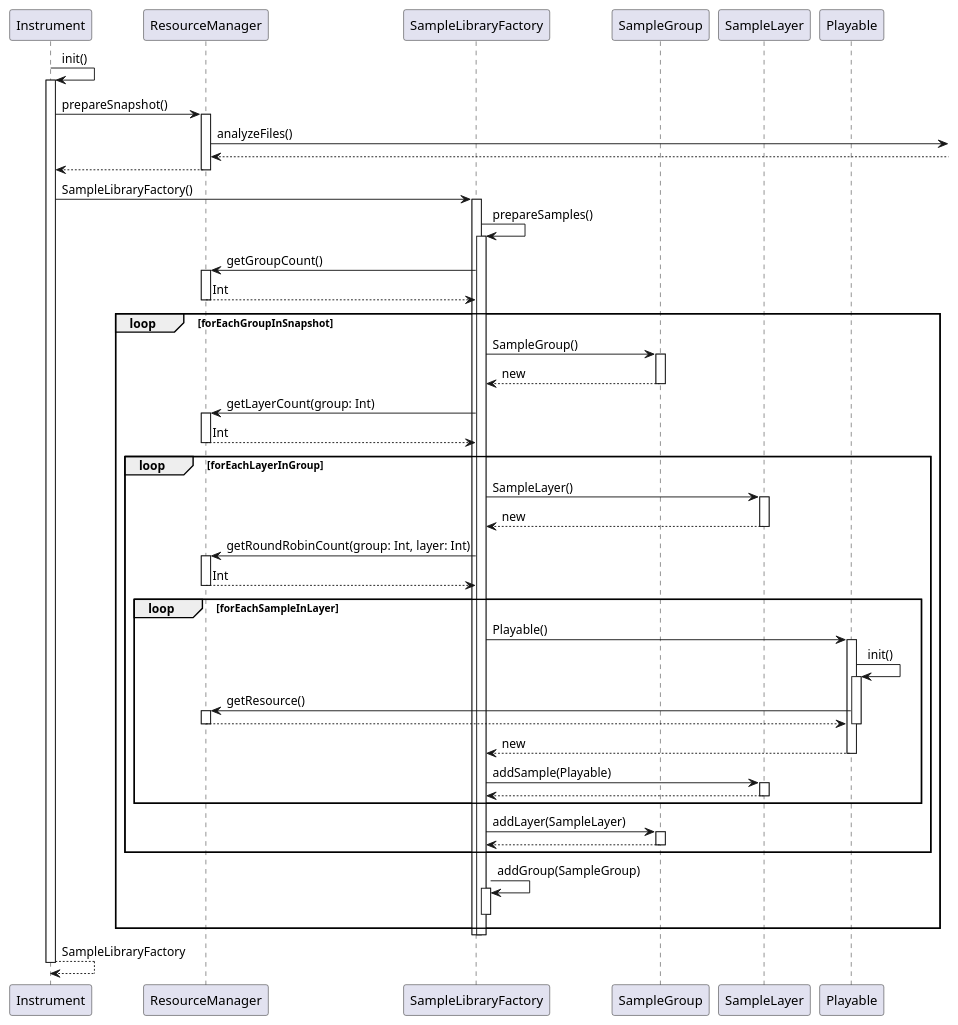
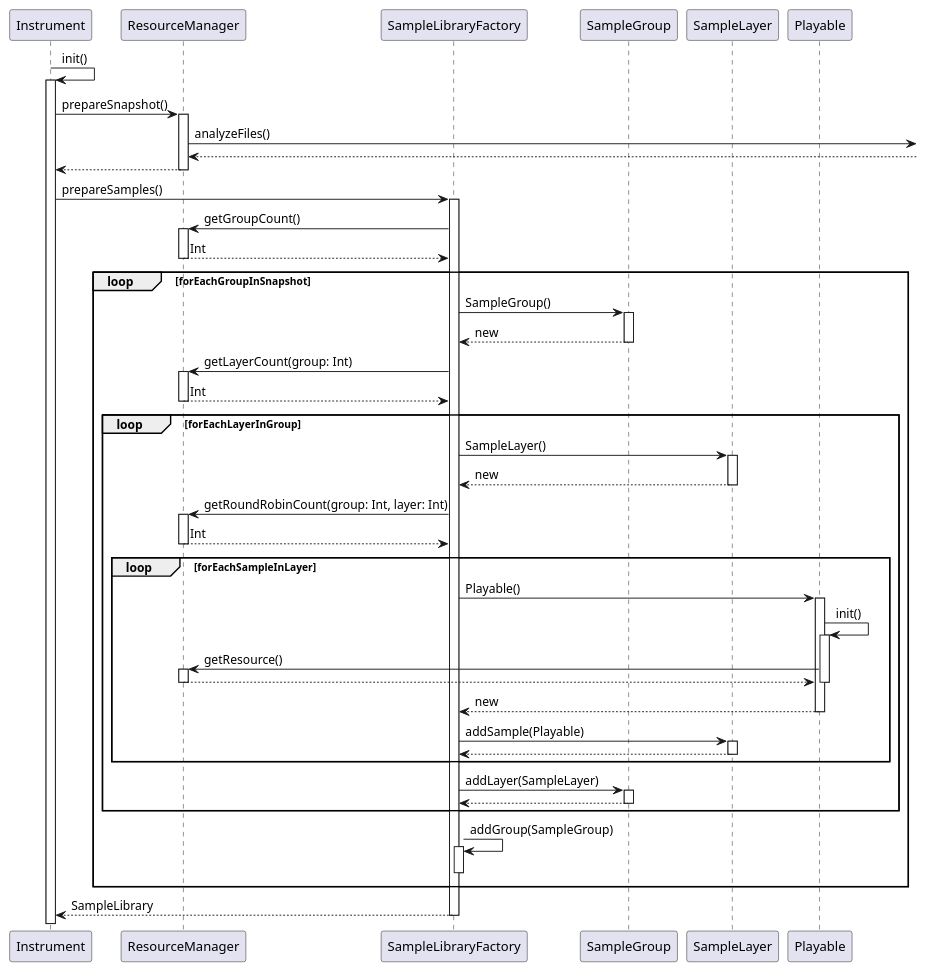
Before and after one commit to tunepruner/FingerPerc: the diagram in app/Documentation/prepareSamplesSequence.puml, drawn with PlantUML. The commit also changed 25 other files, not shown here.

Commit message:
Implements TriggerGraphFactory and SampleLibraryFactory

```diff
--- a/app/Documentation/prepareSamplesSequence.puml
+++ b/app/Documentation/prepareSamplesSequence.puml
@@ -1,44 +1,42 @@
 @startuml
 Instrument->Instrument++: init()
 
 Instrument->ResourceManager++: prepareSnapshot()
 ResourceManager->: analyzeFiles()
 ResourceManager<--
 
 return
-Instrument->SampleLibraryFactory++: SampleLibraryFactory()
-SampleLibraryFactory-> SampleLibraryFactory++: prepareSamples()
+Instrument-> SampleLibraryFactory++: prepareSamples()
 SampleLibraryFactory->ResourceManager++: getGroupCount()
 return Int
 
 loop forEachGroupInSnapshot
 SampleLibraryFactory->SampleGroup++: SampleGroup()
 return new
 SampleLibraryFactory->ResourceManager++: getLayerCount(group: Int)
 return Int
 loop forEachLayerInGroup
 SampleLibraryFactory->SampleLayer++: SampleLayer()
 return new
 SampleLibraryFactory->ResourceManager++: getRoundRobinCount(group: Int, layer: Int)
 return Int
 loop forEachSampleInLayer
 SampleLibraryFactory->Playable++: Playable()
 Playable->Playable++: init()
 Playable->ResourceManager++: getResource()
 return
 deactivate
 return new
 SampleLibraryFactory->SampleLayer++: addSample(Playable)
 return
 end loop
 SampleLibraryFactory->SampleGroup++:addLayer(SampleLayer)
 return
 end loop
 SampleLibraryFactory->SampleLibraryFactory++: addGroup(SampleGroup)
 deactivate
 end loop
-deactivate
-deactivate
-return SampleLibraryFactory
+
+return SampleLibrary
 
 @enduml
```
